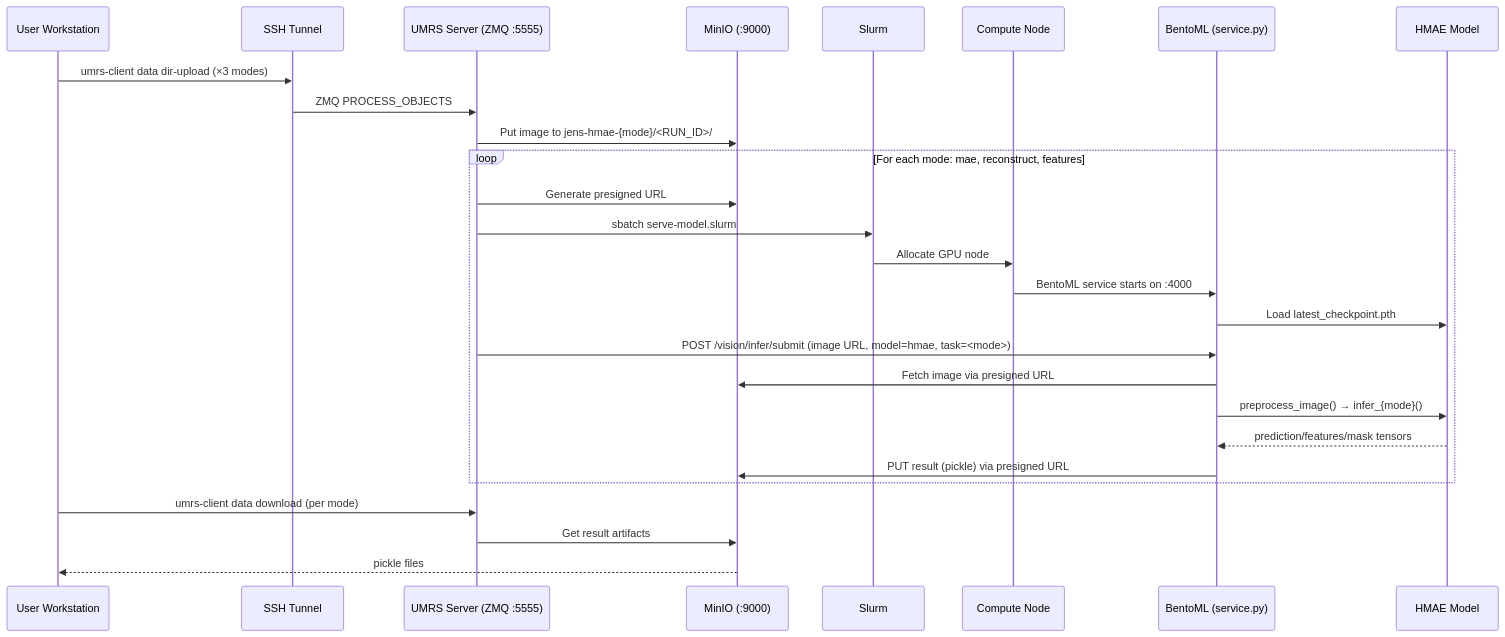
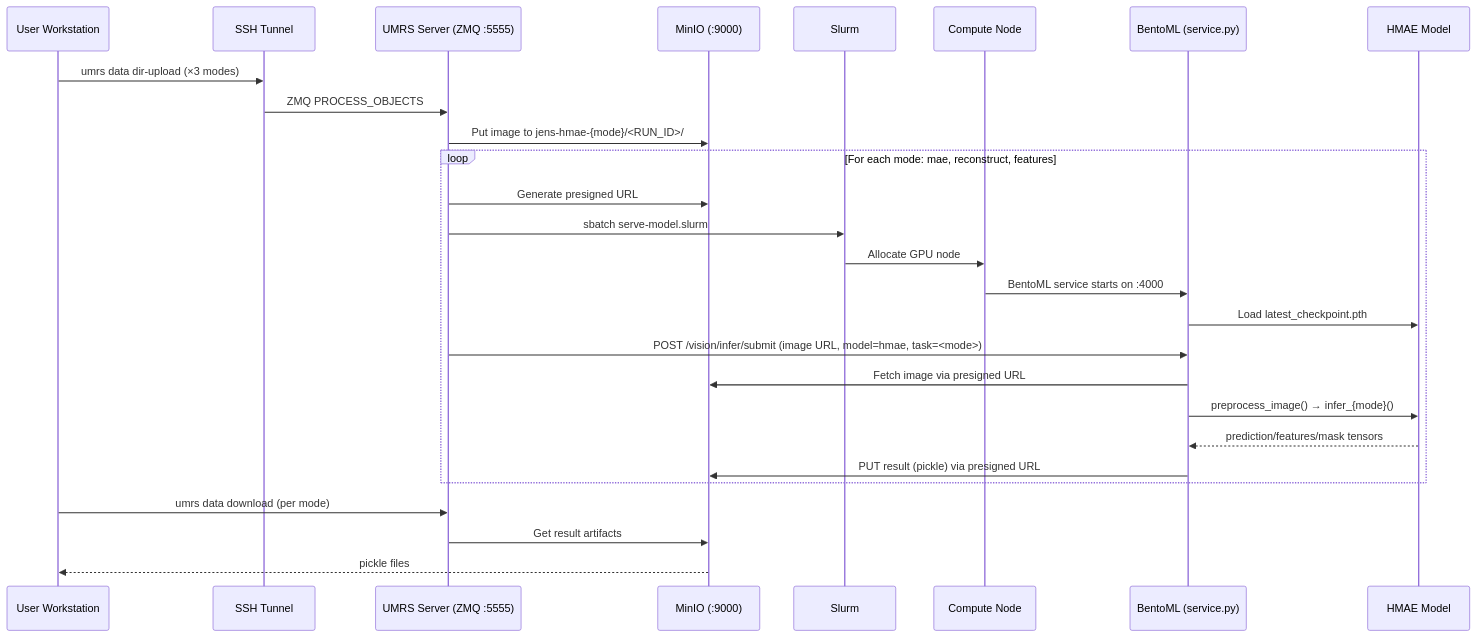
Before and after one commit to UMRS-org/umrs: the diagram in demos_jens/12_hmae_direct/TECHNICAL_FLOW.md, drawn with Mermaid. The commit also changed other lines of this file and 96 other files, not shown here.

First line of the commit message:
chore(cli): rename 'umrs-client' → 'umrs' in all docs, demos, deploy configs

````diff
--- a/demos_jens/12_hmae_direct/TECHNICAL_FLOW.md
+++ b/demos_jens/12_hmae_direct/TECHNICAL_FLOW.md
@@ -5,32 +5,32 @@
 ```mermaid
 sequenceDiagram
     participant U as User Workstation
     participant T as SSH Tunnel
     participant UMRS as UMRS Server (ZMQ :5555)
     participant S3 as MinIO (:9000)
     participant SL as Slurm
     participant CN as Compute Node
     participant BM as BentoML (service.py)
     participant HMAE as HMAE Model
 
-    U->>T: umrs-client data dir-upload (×3 modes)
+    U->>T: umrs data dir-upload (×3 modes)
     T->>UMRS: ZMQ PROCESS_OBJECTS
     UMRS->>S3: Put image to jens-hmae-{mode}/<RUN_ID>/
 
     loop For each mode: mae, reconstruct, features
         UMRS->>S3: Generate presigned URL
         UMRS->>SL: sbatch serve-model.slurm
         SL->>CN: Allocate GPU node
         CN->>BM: BentoML service starts on :4000
         BM->>HMAE: Load latest_checkpoint.pth
         UMRS->>BM: POST /vision/infer/submit (image URL, model=hmae, task=<mode>)
         BM->>S3: Fetch image via presigned URL
         BM->>HMAE: preprocess_image() → infer_{mode}()
         HMAE-->>BM: prediction/features/mask tensors
         BM->>S3: PUT result (pickle) via presigned URL
     end
 
-    U->>UMRS: umrs-client data download (per mode)
+    U->>UMRS: umrs data download (per mode)
     UMRS->>S3: Get result artifacts
     S3-->>U: pickle files
 ```
````
